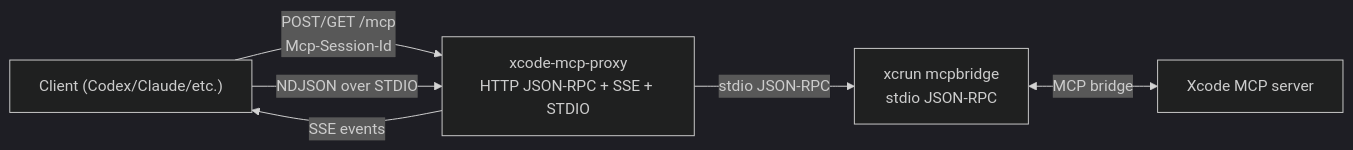
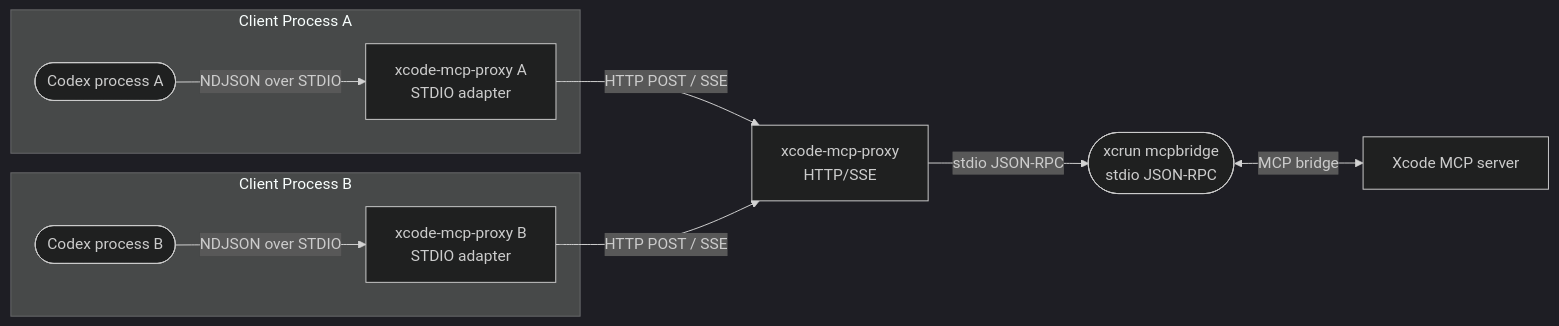
The second of 2 diagrams in Docs/architecture.md (romanr/XcodeMCPKit), drawn with Mermaid (dark theme) before and after one commit. The commit also changed other lines of this file and 16 other files, not shown here.

````diff
--- a/Docs/architecture.md
+++ b/Docs/architecture.md
@@ -30,13 +31,23 @@
 ```mermaid
 flowchart LR
-  client["Client (Codex/Claude/etc.)"]
-  proxy["xcode-mcp-proxy<br/>HTTP JSON-RPC + SSE + STDIO"]
-  upstream["xcrun mcpbridge<br/>stdio JSON-RPC"]
+  subgraph A["Client Process A"]
+    clientA(["Codex process A"])
+    adapterA["xcode-mcp-proxy A<br/>STDIO adapter"]
+    clientA -->|NDJSON over STDIO| adapterA
+  end
+
+  subgraph B["Client Process B"]
+    clientB(["Codex process B"])
+    adapterB["xcode-mcp-proxy B<br/>STDIO adapter"]
+    clientB -->|NDJSON over STDIO| adapterB
+  end
+
+  proxy["xcode-mcp-proxy<br/>HTTP/SSE"]
+  upstream(["xcrun mcpbridge<br/>stdio JSON-RPC"])
   xcode["Xcode MCP server"]
 
-  client -->|POST/GET /mcp<br/>Mcp-Session-Id| proxy
-  client -->|NDJSON over STDIO| proxy
+  adapterA -->|HTTP POST / SSE| proxy
+  adapterB -->|HTTP POST / SSE| proxy
   proxy -->|stdio JSON-RPC| upstream
   upstream <--> |MCP bridge| xcode
-  proxy -->|SSE events| client
 ```
````
